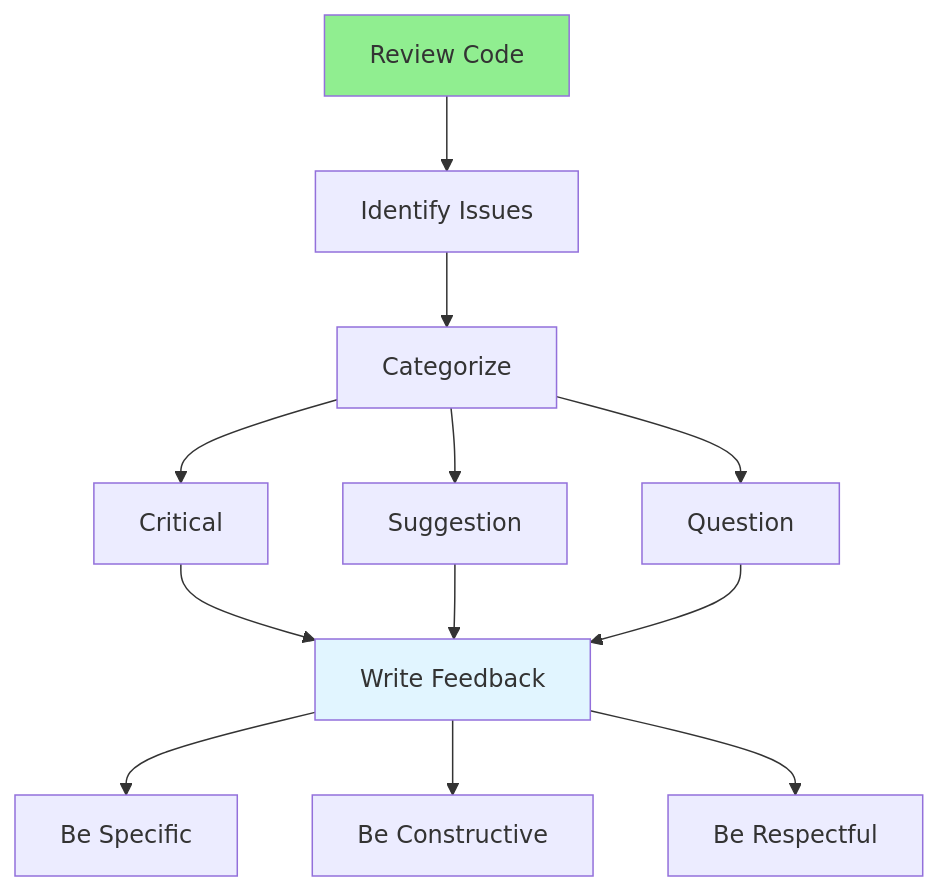
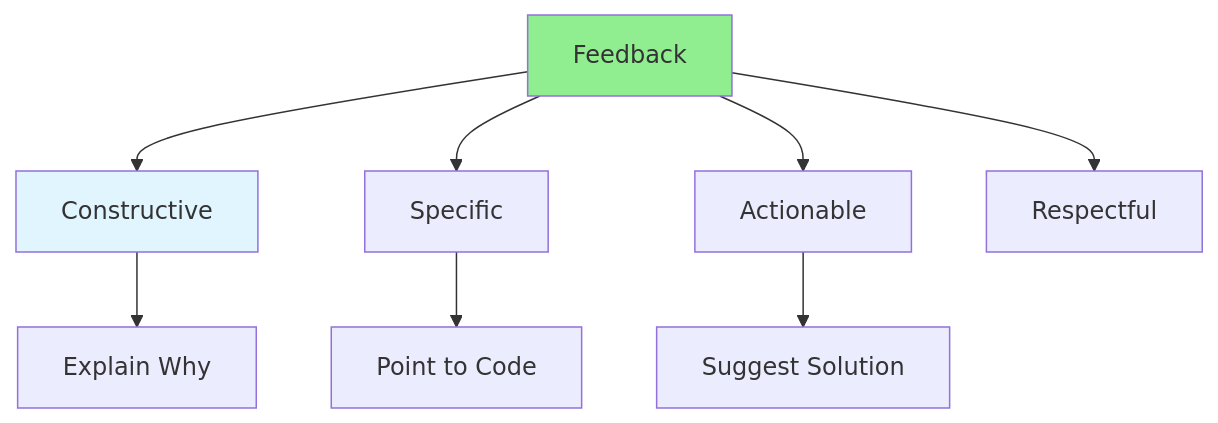
Before and after one commit to iouthnamain/tech-note: the diagram in Full-Stack-Guides/Group-08-Code-Review/08.08_Providing_Feedback.md, drawn with Mermaid. The commit also changed other lines of this file and 480 other files, not shown here.

````diff
--- a/Full-Stack-Guides/Group-08-Code-Review/08.08_Providing_Feedback.md
+++ b/Full-Stack-Guides/Group-08-Code-Review/08.08_Providing_Feedback.md
@@ -22,19 +22,14 @@
 ```mermaid
-flowchart TD
-    Review[Review Code] --> Identify[Identify Issues]
-    Identify --> Categorize[Categorize]
-    Categorize --> Critical[Critical]
-    Categorize --> Suggestion[Suggestion]
-    Categorize --> Question[Question]
+graph TD
+    Feedback[Feedback] --> Constructive[Constructive]
+    Feedback --> Specific[Specific]
+    Feedback --> Actionable[Actionable]
+    Feedback --> Respectful[Respectful]
     
-    Critical --> Write[Write Feedback]
-    Suggestion --> Write
-    Question --> Write
+    Constructive --> Explain[Explain Why]
+    Specific --> Point[Point to Code]
+    Actionable --> Suggest[Suggest Solution]
     
-    Write --> Specific[Be Specific]
-    Write --> Constructive[Be Constructive]
-    Write --> Respectful[Be Respectful]
-    
-    style Review fill:#90EE90
-    style Write fill:#e1f5ff
+    style Feedback fill:#90EE90
+    style Constructive fill:#e1f5ff
 ```
````
